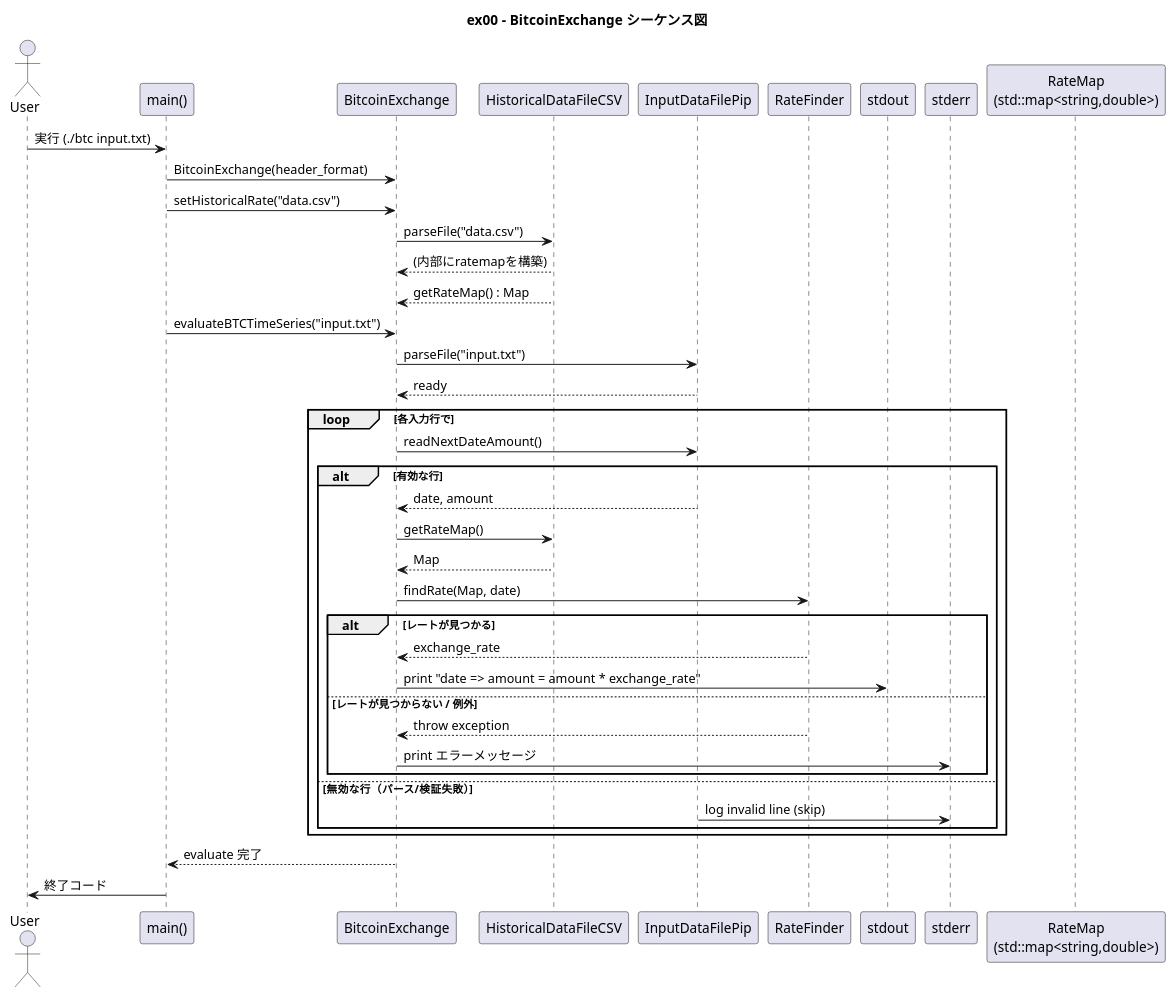
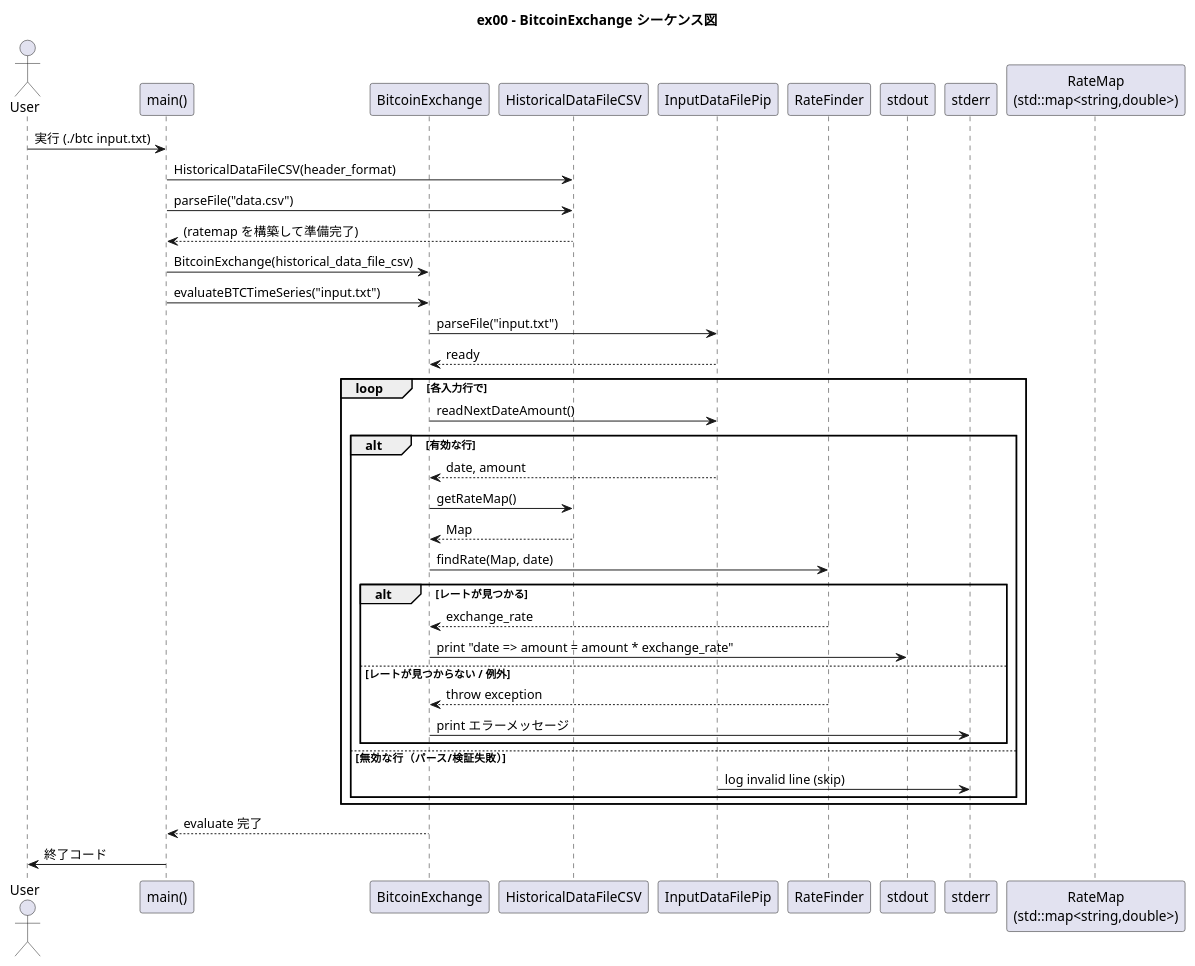
One commit to ra121e/cpp09 changed the diagram in ex00/sequence_ex00.puml. Above: the diagram before and after it, drawn with PlantUML. The commit also changed 4 other files, not shown here.

```diff
--- a/ex00/sequence_ex00.puml
+++ b/ex00/sequence_ex00.puml
@@ -1,47 +1,46 @@
 @startuml ex00_sequence
 title ex00 - BitcoinExchange シーケンス図
 
 actor User
 participant Main as "main()"
 participant BitcoinExchange as "BitcoinExchange"
 participant HistoricalDataFileCSV as "HistoricalDataFileCSV"
 participant InputDataFilePip as "InputDataFilePip"
 participant RateFinder as "RateFinder"
 participant StdOut as "stdout"
 participant StdErr as "stderr"
 participant Map as "RateMap\n(std::map<string,double>)"
 
 User -> Main: 実行 (./btc input.txt)
-Main -> BitcoinExchange: BitcoinExchange(header_format)
-Main -> BitcoinExchange: setHistoricalRate("data.csv")
-BitcoinExchange -> HistoricalDataFileCSV: parseFile("data.csv")
-HistoricalDataFileCSV --> BitcoinExchange: (内部にratemapを構築)
-HistoricalDataFileCSV --> BitcoinExchange: getRateMap() : Map
+Main -> HistoricalDataFileCSV: HistoricalDataFileCSV(header_format)
+Main -> HistoricalDataFileCSV: parseFile("data.csv")
+HistoricalDataFileCSV --> Main: (ratemap を構築して準備完了)
+Main -> BitcoinExchange: BitcoinExchange(historical_data_file_csv)
 
 Main -> BitcoinExchange: evaluateBTCTimeSeries("input.txt")
 BitcoinExchange -> InputDataFilePip: parseFile("input.txt")
 InputDataFilePip --> BitcoinExchange: ready
 
 loop 各入力行で
     BitcoinExchange -> InputDataFilePip: readNextDateAmount()
     alt 有効な行
         InputDataFilePip --> BitcoinExchange: date, amount
         BitcoinExchange -> HistoricalDataFileCSV: getRateMap()
         HistoricalDataFileCSV --> BitcoinExchange: Map
         BitcoinExchange -> RateFinder: findRate(Map, date)
         alt レートが見つかる
             RateFinder --> BitcoinExchange: exchange_rate
             BitcoinExchange -> StdOut: print "date => amount = amount * exchange_rate"
         else レートが見つからない / 例外
             RateFinder --> BitcoinExchange: throw exception
             BitcoinExchange -> StdErr: print エラーメッセージ
         end
     else 無効な行（パース/検証失敗）
         InputDataFilePip -> StdErr: log invalid line (skip)
     end
 end
 
 BitcoinExchange --> Main: evaluate 完了
 Main -> User: 終了コード
 
 @enduml
```
